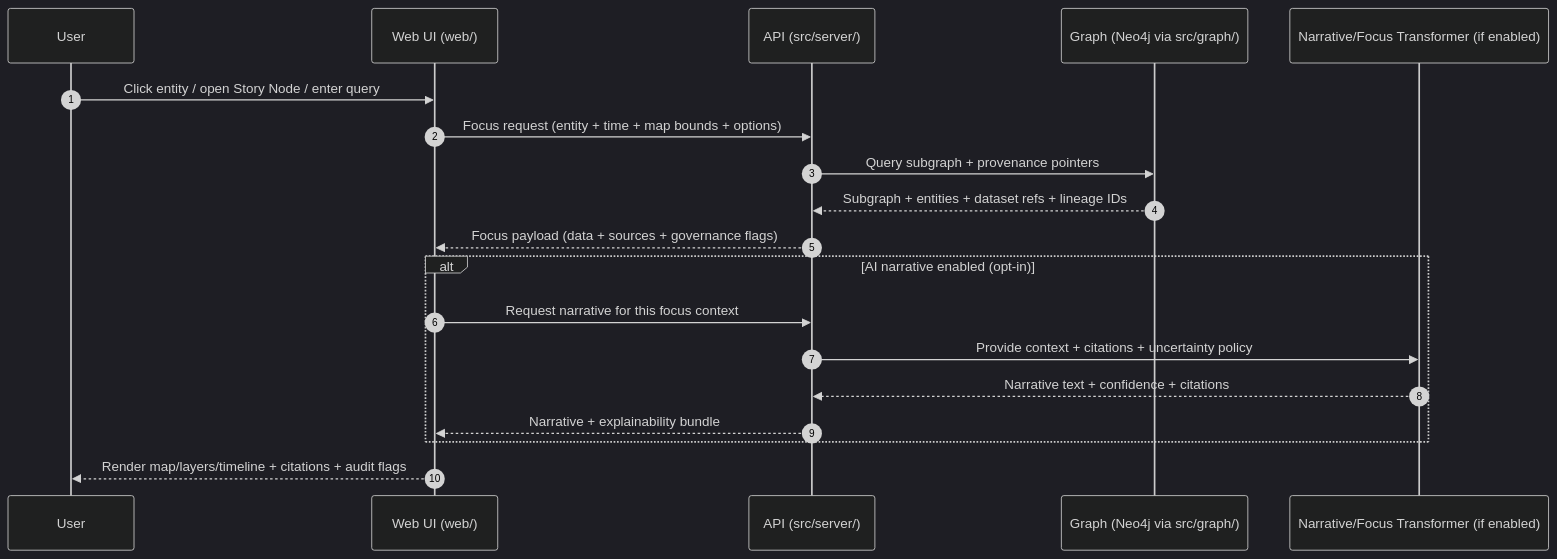
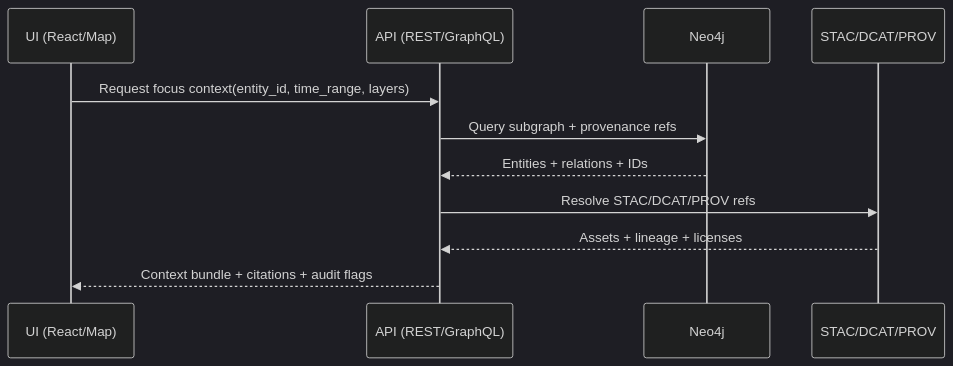
Before and after one commit to bartytime4life/Kansas-Frontier-Matrix: the second of 2 diagrams in .github/ARCHITECTURE.md, drawn with Mermaid (dark theme). The commit also changed other lines of this file, not shown here.

First line of the commit message:
Revise architecture document metadata and content

```diff
--- a/.github/ARCHITECTURE.md
+++ b/.github/ARCHITECTURE.md
@@ -225,22 +202,14 @@
 ~~~mermaid
 sequenceDiagram
-  autonumber
-  participant U as User
-  participant UI as Web UI (web/)
-  participant API as API (src/server/)
-  participant G as Graph (Neo4j via src/graph/)
-  participant N as Narrative/Focus Transformer (if enabled)
+  participant UI as UI (React/Map)
+  participant API as API (REST/GraphQL)
+  participant Graph as Neo4j
+  participant Catalog as STAC/DCAT/PROV
 
-  U->>UI: Click entity / open Story Node / enter query
-  UI->>API: Focus request (entity + time + map bounds + options)
-  API->>G: Query subgraph + provenance pointers
-  G-->>API: Subgraph + entities + dataset refs + lineage IDs
-  API-->>UI: Focus payload (data + sources + governance flags)
-  alt AI narrative enabled (opt-in)
-    UI->>API: Request narrative for this focus context
-    API->>N: Provide context + citations + uncertainty policy
-    N-->>API: Narrative text + confidence + citations
-    API-->>UI: Narrative + explainability bundle
-  end
-  UI-->>U: Render map/layers/timeline + citations + audit flags
+  UI->>API: Request focus context(entity_id, time_range, layers)
+  API->>Graph: Query subgraph + provenance refs
+  Graph-->>API: Entities + relations + IDs
+  API->>Catalog: Resolve STAC/DCAT/PROV refs
+  Catalog-->>API: Assets + lineage + licenses
+  API-->>UI: Context bundle + citations + audit flags
 ~~~
```
